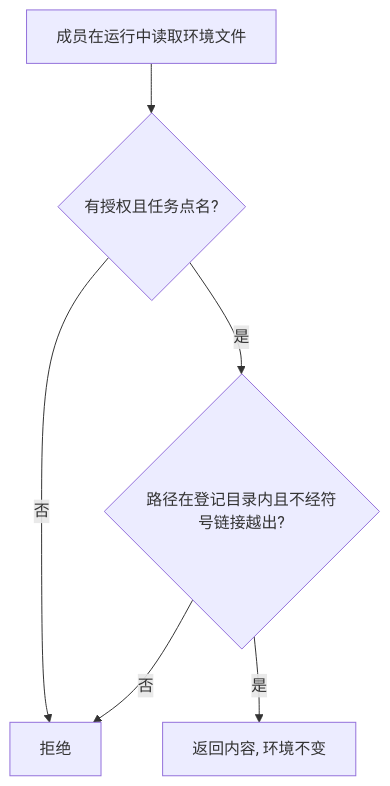
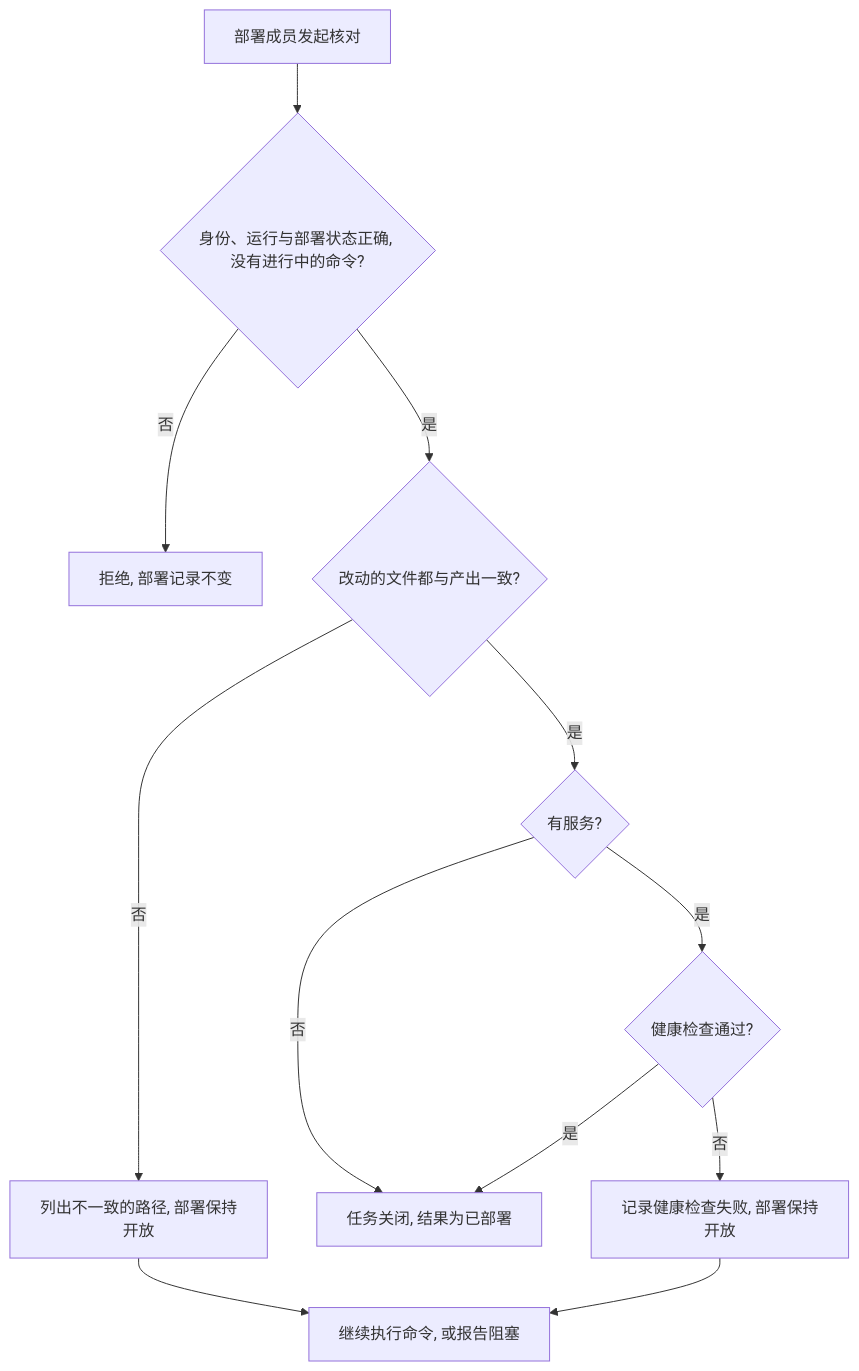
Before and after one commit to xforce-io/atelier: the fifth of 5 diagrams in docs/design/22-host-environment-deploy/product.md, drawn with Mermaid. The commit also changed other lines of this file and 2 other files, not shown here.

````diff
--- a/docs/design/22-host-environment-deploy/product.md
+++ b/docs/design/22-host-environment-deploy/product.md
@@ -263,8 +304,14 @@
 ```mermaid
 flowchart TD
-    A[成员在运行中读取环境文件] --> B{有授权且任务点名?}
-    B -->|否| C[拒绝]
-    B -->|是| D{路径在登记目录内且不经符号链接越出?}
-    D -->|否| C
-    D -->|是| E[返回内容, 环境不变]
+    A[部署成员发起核对] --> B{身份、运行与部署状态正确, 没有进行中的命令?}
+    B -->|否| C[拒绝, 部署记录不变]
+    B -->|是| D{改动的文件都与产出一致?}
+    D -->|否| E[列出不一致的路径, 部署保持开放]
+    D -->|是| F{有服务?}
+    F -->|否| G[任务关闭, 结果为已部署]
+    F -->|是| H{健康检查通过?}
+    H -->|是| G
+    H -->|否| I[记录健康检查失败, 部署保持开放]
+    E --> J[继续执行命令, 或报告阻塞]
+    I --> J
 ```
````
